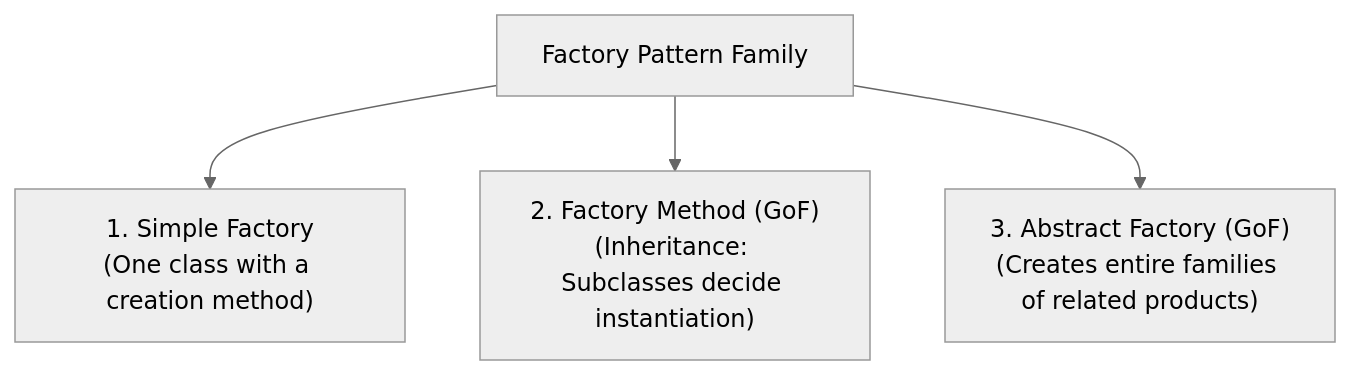
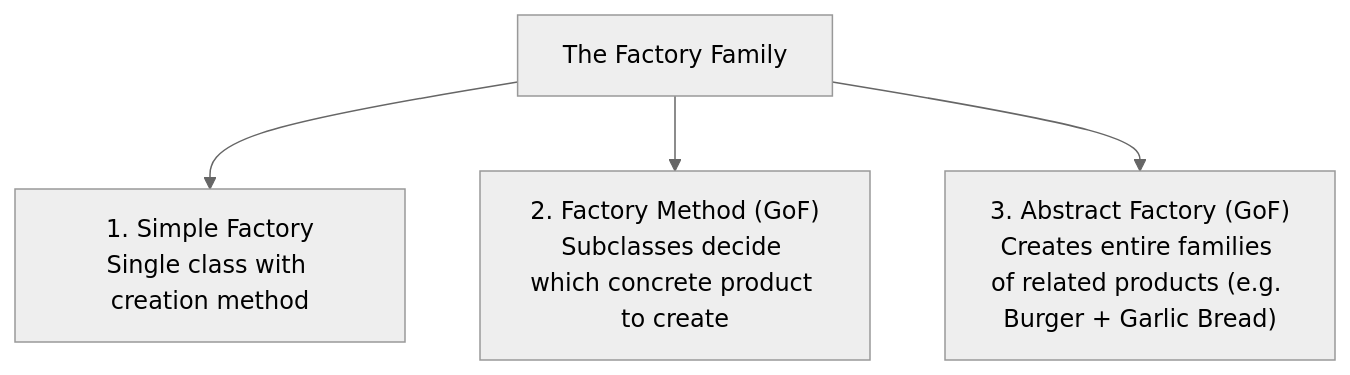
One commit to rohithgowda18/Notes changed the first of 5 diagrams in 04-OOPs-and-Design-Patterns/03-Design-Patterns/09-Factory-Design-Pattern.md. Above: the diagram before and after it, drawn with Mermaid (neutral theme). The commit also changed other lines of this file and 30 other files, not shown here.

````diff
--- a/04-OOPs-and-Design-Patterns/03-Design-Patterns/09-Factory-Design-Pattern.md
+++ b/04-OOPs-and-Design-Patterns/03-Design-Patterns/09-Factory-Design-Pattern.md
@@ -38,6 +7,6 @@
 ```mermaid
 graph TD
-    A[Factory Pattern Family] --> B["1. Simple Factory<br/>(One class with a creation method)"]
-    A --> C["2. Factory Method (GoF)<br/>(Inheritance: Subclasses decide instantiation)"]
-    A --> D["3. Abstract Factory (GoF)<br/>(Creates entire families of related products)"]
+    A[The Factory Family] --> B["1. Simple Factory<br/>Single class with creation method"]
+    A --> C["2. Factory Method (GoF)<br/>Subclasses decide which concrete product to create"]
+    A --> D["3. Abstract Factory (GoF)<br/>Creates entire families of related products (e.g. Burger + Garlic Bread)"]
 ```
````
